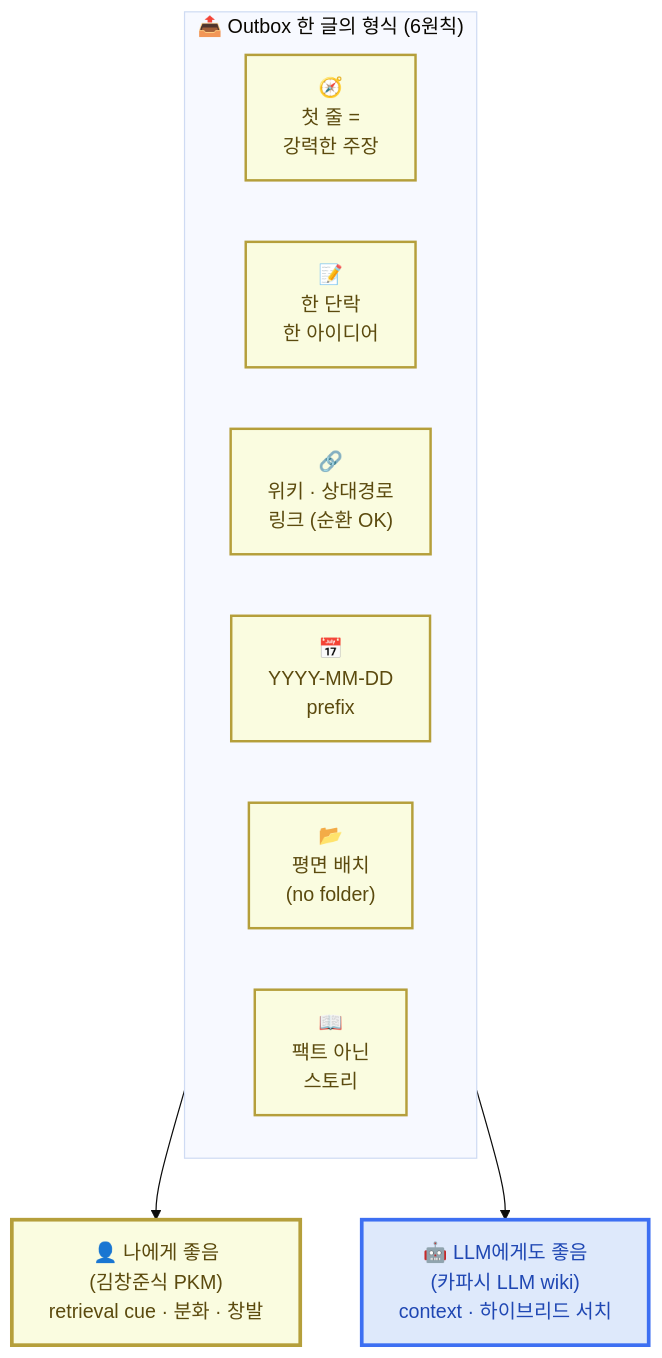
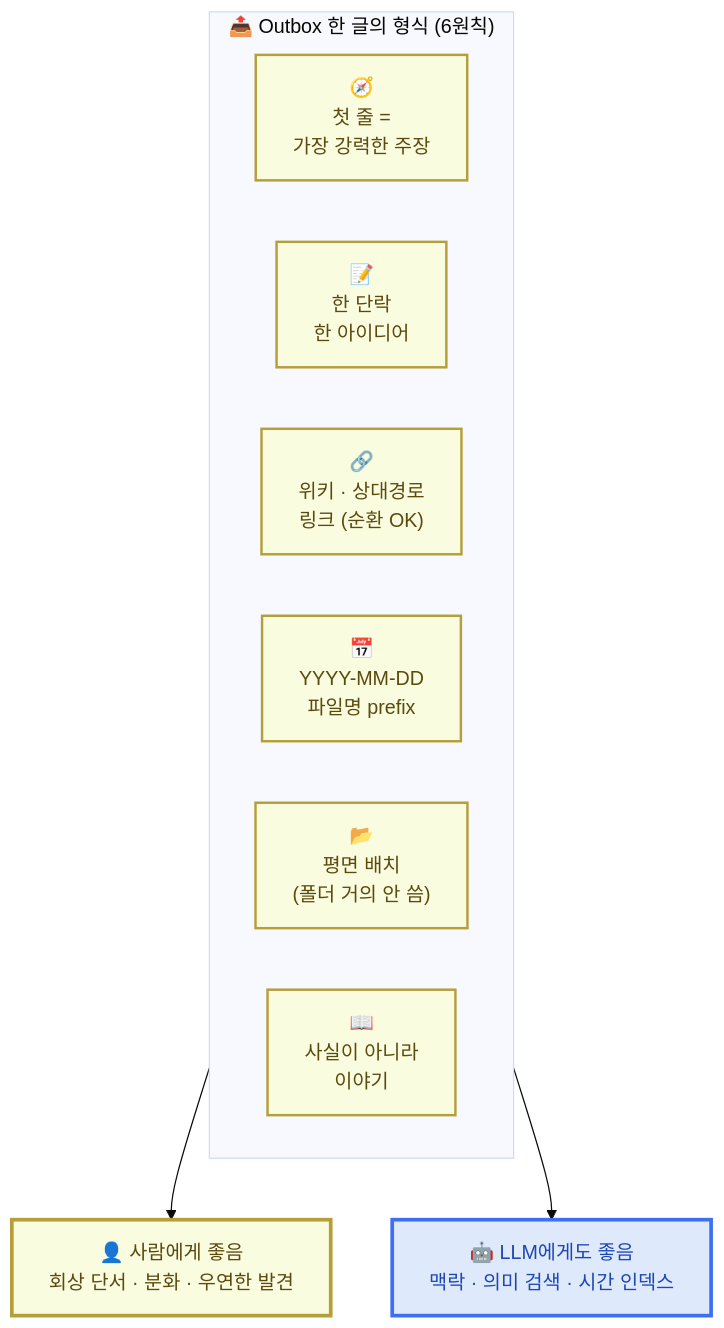
The third of 3 diagrams in content/week2/mechanism.mdx (effectiveai-io/my-learning-agent), drawn with Mermaid (base theme) before and after one commit. The commit also changed other lines of this file and 1 other file, not shown here.

````diff
--- a/content/week2/mechanism.mdx
+++ b/content/week2/mechanism.mdx
@@ -175,25 +188,25 @@
 ```mermaid
 flowchart TB
     subgraph Form["📤 Outbox 한 글의 형식 (6원칙)"]
         direction LR
-        F1["🧭<br/>첫 줄 =<br/>강력한 주장"]
+        F1["🧭<br/>첫 줄 =<br/>가장 강력한 주장"]
         F2["📝<br/>한 단락<br/>한 아이디어"]
         F3["🔗<br/>위키 · 상대경로<br/>링크 (순환 OK)"]
-        F4["📅<br/>YYYY-MM-DD<br/>prefix"]
-        F5["📂<br/>평면 배치<br/>(no folder)"]
-        F6["📖<br/>팩트 아닌<br/>스토리"]
+        F4["📅<br/>YYYY-MM-DD<br/>파일명 prefix"]
+        F5["📂<br/>평면 배치<br/>(폴더 거의 안 씀)"]
+        F6["📖<br/>사실이 아니라<br/>이야기"]
     end
 
-    Me["👤 나에게 좋음<br/>(김창준식 PKM)<br/>retrieval cue · 분화 · 창발"]
-    LLM["🤖 LLM에게도 좋음<br/>(카파시 LLM wiki)<br/>context · 하이브리드 서치"]
+    Me["👤 사람에게 좋음<br/>회상 단서 · 분화 · 우연한 발견"]
+    LLM["🤖 LLM에게도 좋음<br/>맥락 · 의미 검색 · 시간 인덱스"]
 
     Form --> Me
     Form --> LLM
 
     classDef form fill:#fafce0,stroke:#b59f3b,stroke-width:2px,color:#5b4a0e
     classDef human fill:#fafce0,stroke:#b59f3b,stroke-width:3px,color:#5b4a0e
     classDef llm fill:#dee9fb,stroke:#3d6ff2,stroke-width:3px,color:#1f47b3
     class F1,F2,F3,F4,F5,F6 form
     class Me human
     class LLM llm
 ```
````
